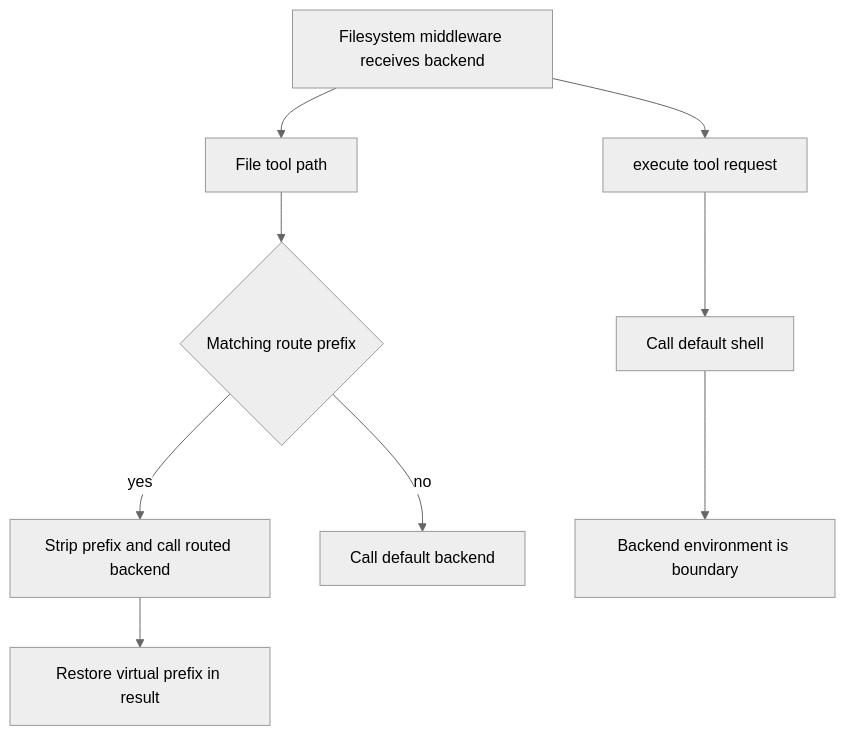
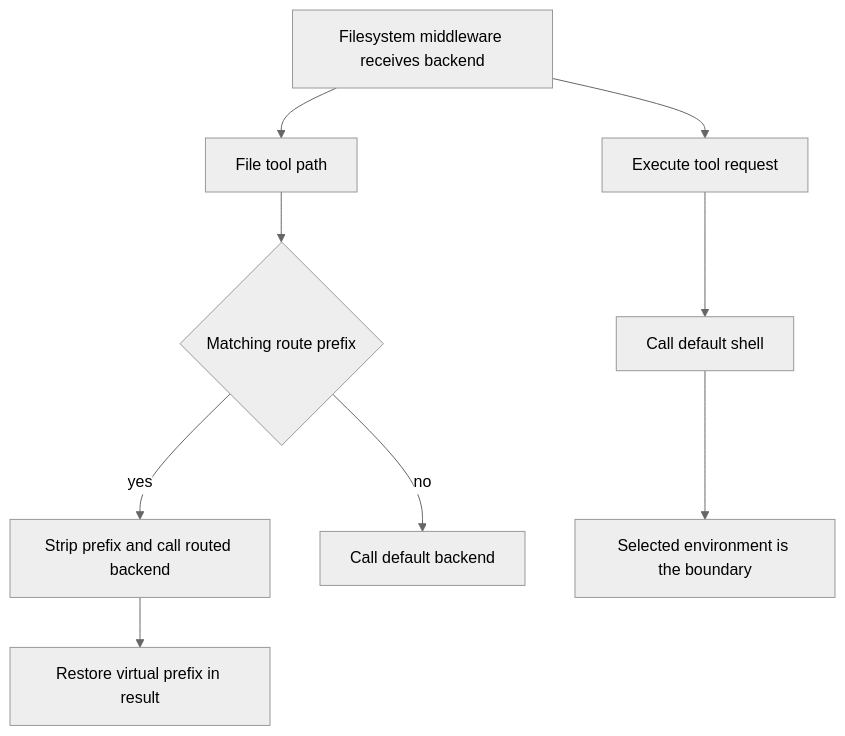
The diagram in openwiki/concepts/backends.md (langchain-ai/deepagents), drawn with Mermaid (neutral theme) before and after one commit. The commit also changed other lines of this file and 47 other files, not shown here.

````diff
--- a/openwiki/concepts/backends.md
+++ b/openwiki/concepts/backends.md
@@ -73,17 +75,17 @@
 ```mermaid
 flowchart TD
     Start["Filesystem middleware receives backend"]
     FilePath["File tool path"]
     Route{"Matching route prefix"}
     Routed["Strip prefix and call routed backend"]
     Fallback["Call default backend"]
     Restore["Restore virtual prefix in result"]
-    Execute["execute tool request"]
+    Execute["Execute tool request"]
     Shell["Call default shell"]
-    Boundary["Backend environment is boundary"]
+    Boundary["Selected environment is the boundary"]
     Start --> FilePath
     FilePath --> Route
     Route -->|yes| Routed --> Restore
     Route -->|no| Fallback
     Start --> Execute --> Shell --> Boundary
 ```
````
